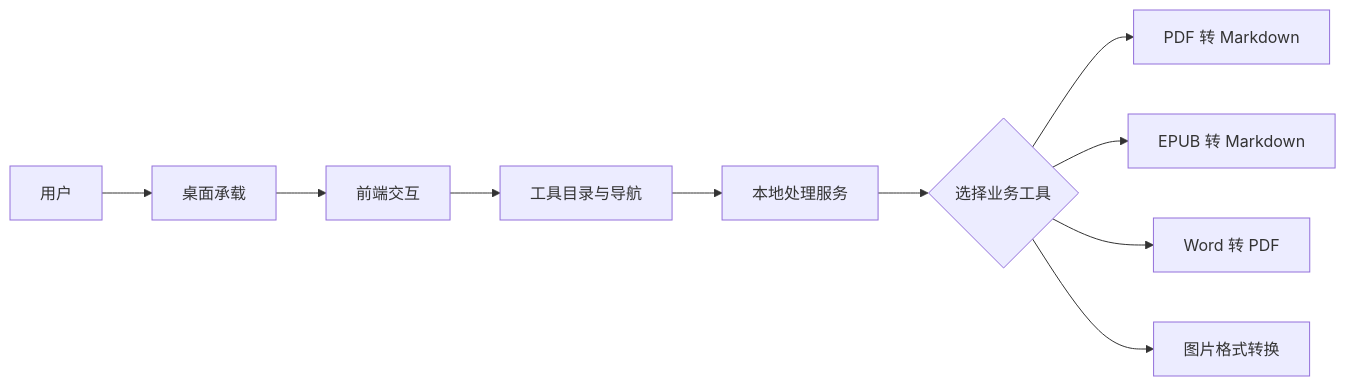
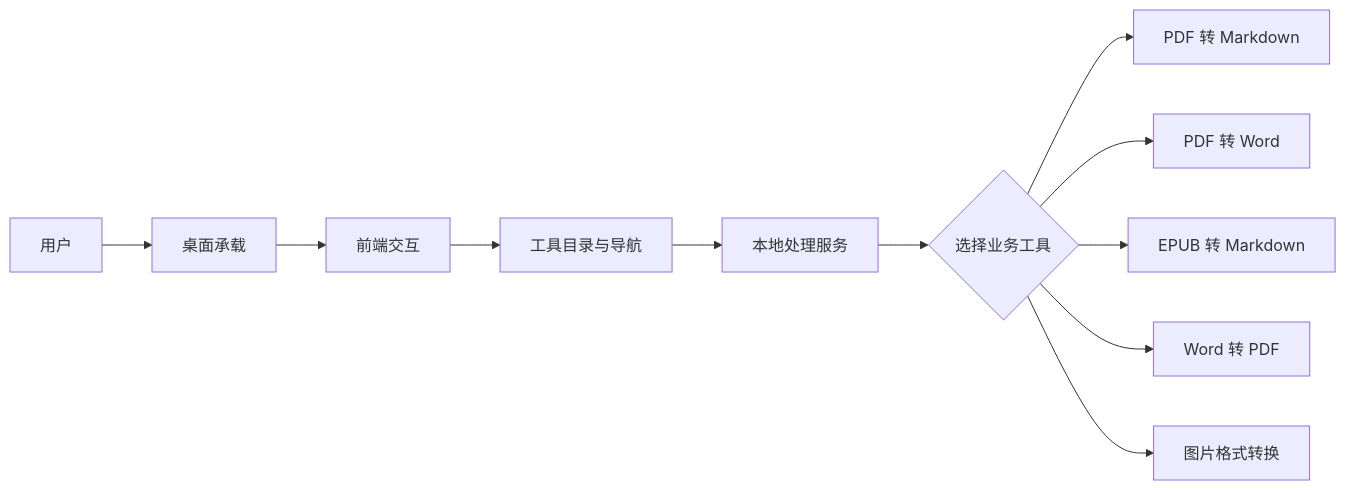
Before and after one commit to ddll8023/tools: the first of 6 diagrams in doc/模块说明文档.md, drawn with Mermaid. The commit also changed other lines of this file and 14 other files, not shown here.

Commit message:
新增 PDF 转 Word 工具及前后端完整支持

````diff
--- a/doc/模块说明文档.md
+++ b/doc/模块说明文档.md
@@ -246,12 +266,13 @@
 ```mermaid
 flowchart LR
     User[用户] --> Shell[桌面承载]
     Shell --> UI[前端交互]
     UI --> Catalog[工具目录与导航]
     Catalog --> Service[本地处理服务]
     Service --> Select{选择业务工具}
     Select --> PDF[PDF 转 Markdown]
+    Select --> PDFWORD[PDF 转 Word]
     Select --> EPUB[EPUB 转 Markdown]
     Select --> WORD[Word 转 PDF]
     Select --> IMAGE[图片格式转换]
 ```
````
